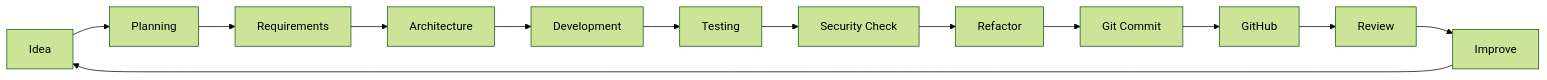
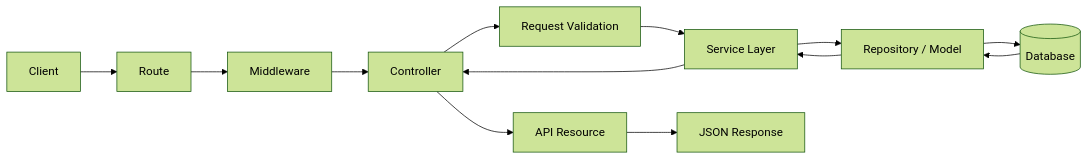
The first of 2 diagrams in README.md (auliaraditama-dev/auliaraditama-dev), drawn with Mermaid (forest theme) before and after one commit. The commit also changed other lines of this file, not shown here.

````diff
--- a/README.md
+++ b/README.md
@@ -1015,15 +488,15 @@
 ```mermaid
 flowchart LR
-    A[Idea] --> B[Planning]
-    B --> C[Requirements]
-    C --> D[Architecture]
-    D --> E[Development]
-    E --> F[Testing]
-    F --> G[Security Check]
-    G --> H[Refactor]
-    H --> I[Git Commit]
-    I --> J[GitHub]
-    J --> K[Review]
-    K --> L[Improve]
-    L --> A
+    A[Client] --> B[Route]
+    B --> C[Middleware]
+    C --> D[Controller]
+    D --> E[Request Validation]
+    E --> F[Service Layer]
+    F --> G[Repository / Model]
+    G --> H[(Database)]
+    H --> G
+    G --> F
+    F --> D
+    D --> I[API Resource]
+    I --> J[JSON Response]
 ```
````
